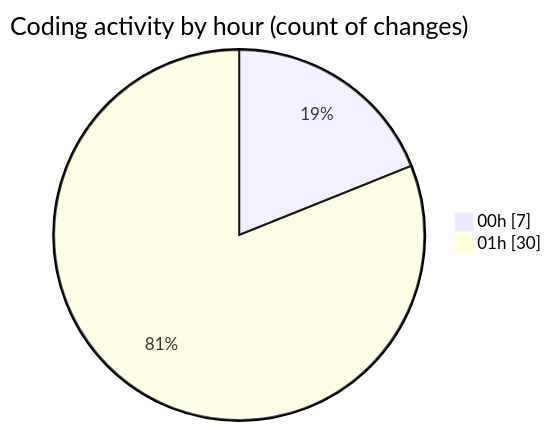
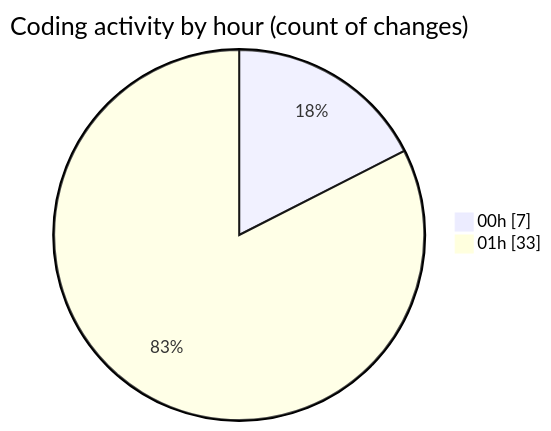
Before and after one commit to julien-gomy/code-tracking: the second of 2 diagrams in 2025-10-07/eventscop-frontend-guide__workspace_/README.md, drawn with Mermaid. The commit also changed other lines of this file and 1 other file, not shown here.

````diff
--- a/2025-10-07/eventscop-frontend-guide__workspace_/README.md
+++ b/2025-10-07/eventscop-frontend-guide__workspace_/README.md
@@ -50,6 +52,6 @@
 ```mermaid
 pie showData
 title Coding activity by hour (count of changes)
 "00h" : 7
-"01h" : 30
+"01h" : 33
 ```
````
